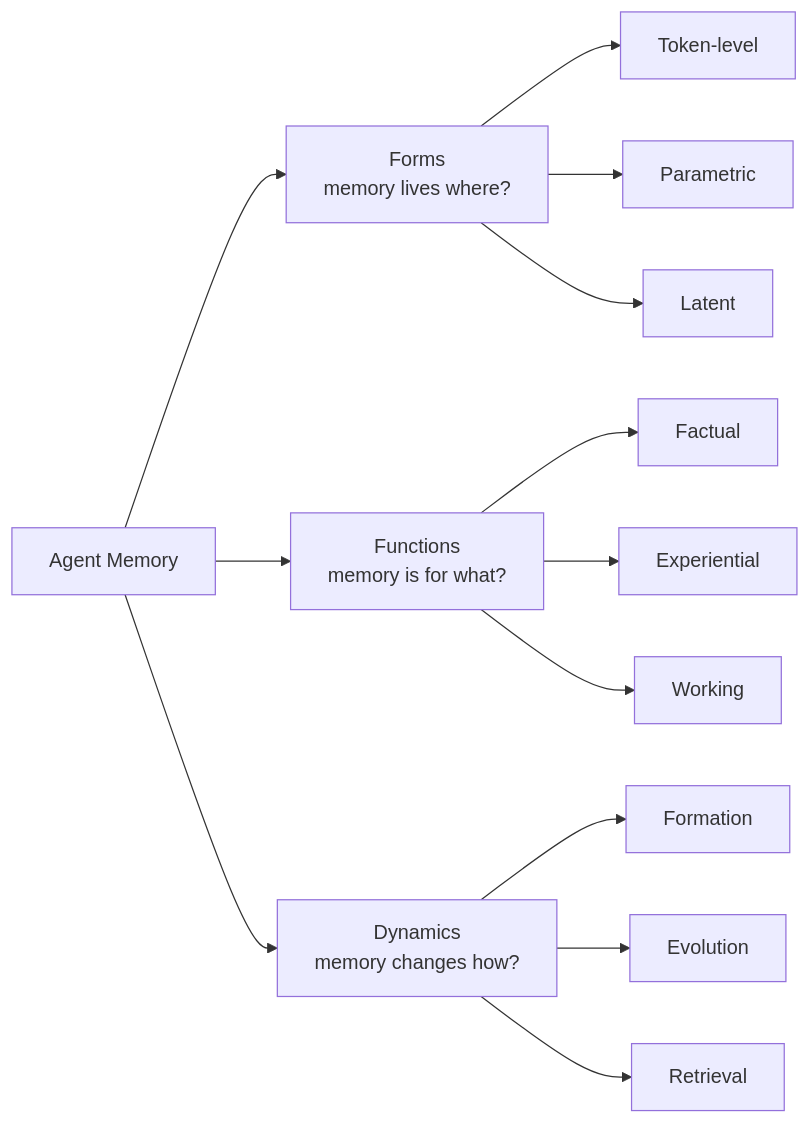
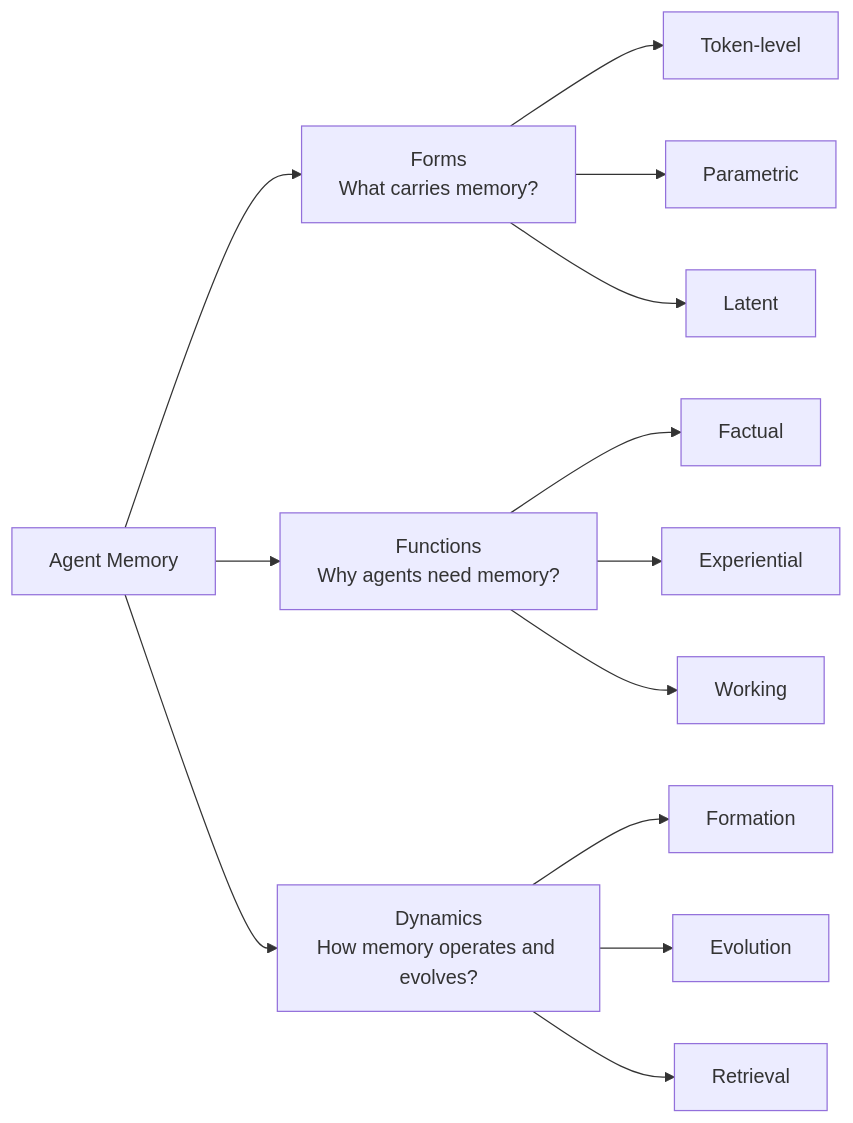
One commit to MEEEMAO/MEEMAO-obsidian changed the first of 3 diagrams in 10-Literature/Memory in the Age of AI Agents.md. Above: the diagram before and after it, drawn with Mermaid. The commit also changed other lines of this file, not shown here.

Commit message:
Enhance agent memory survey literature note

````diff
--- a/10-Literature/Memory in the Age of AI Agents.md
+++ b/10-Literature/Memory in the Age of AI Agents.md
@@ -33,18 +37,18 @@
 ```mermaid
 flowchart LR
-    A[Agent Memory] --> B[Forms<br/>memory lives where?]
-    A --> C[Functions<br/>memory is for what?]
-    A --> D[Dynamics<br/>memory changes how?]
+    A[Agent Memory] --> B[Forms<br/>What carries memory?]
+    A --> C[Functions<br/>Why agents need memory?]
+    A --> D[Dynamics<br/>How memory operates and evolves?]
 
     B --> B1[Token-level]
     B --> B2[Parametric]
     B --> B3[Latent]
 
     C --> C1[Factual]
     C --> C2[Experiential]
     C --> C3[Working]
 
     D --> D1[Formation]
     D --> D2[Evolution]
     D --> D3[Retrieval]
 ```
````
